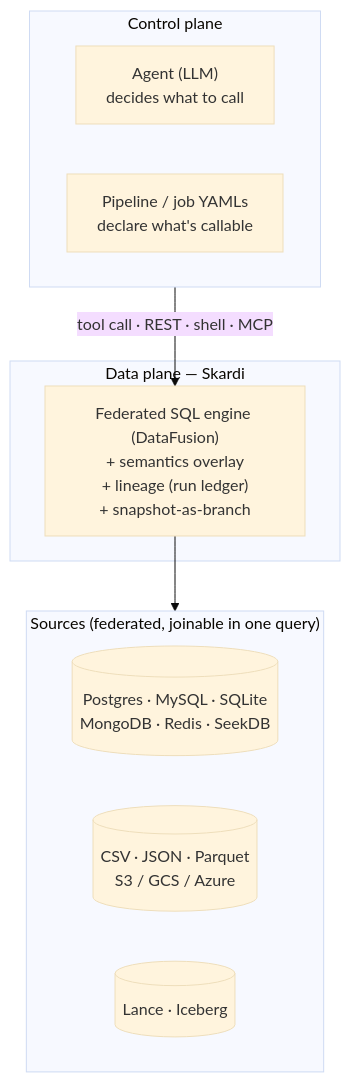
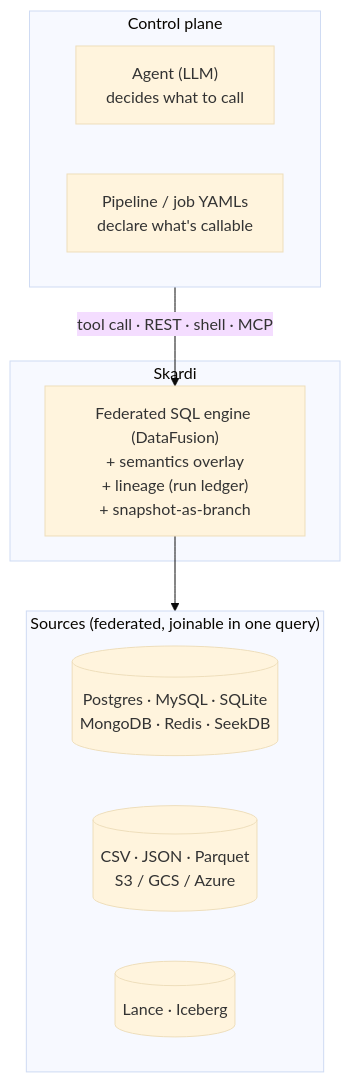
One commit to Userneima/skardi-docs changed the diagram in website/versioned_docs/version-0.5.0/agent-data-plane.md. Above: the diagram before and after it, drawn with Mermaid (base theme). The commit also changed other lines of this file and 7 other files, not shown here.

````diff
--- a/website/versioned_docs/version-0.5.0/agent-data-plane.md
+++ b/website/versioned_docs/version-0.5.0/agent-data-plane.md
@@ -26,21 +26,21 @@
 ```mermaid
 flowchart TB
     subgraph cp["Control plane"]
         agent["Agent (LLM)<br/>decides what to call"]
         yaml["Pipeline / job YAMLs<br/>declare what's callable"]
     end
 
-    subgraph dp["Data plane — Skardi"]
+    subgraph dp["Skardi"]
         skardi["Federated SQL engine (DataFusion)<br/>+ semantics overlay<br/>+ lineage (run ledger)<br/>+ snapshot-as-branch"]
     end
 
     subgraph sources["Sources (federated, joinable in one query)"]
         direction LR
         dbs[("Postgres · MySQL · SQLite<br/>MongoDB · Redis · SeekDB")]
         files[("CSV · JSON · Parquet<br/>S3 / GCS / Azure")]
         lakes[("Lance · Iceberg")]
     end
 
     cp -->|"tool call · REST · shell · MCP"| skardi
     skardi --> sources
 ```
````
